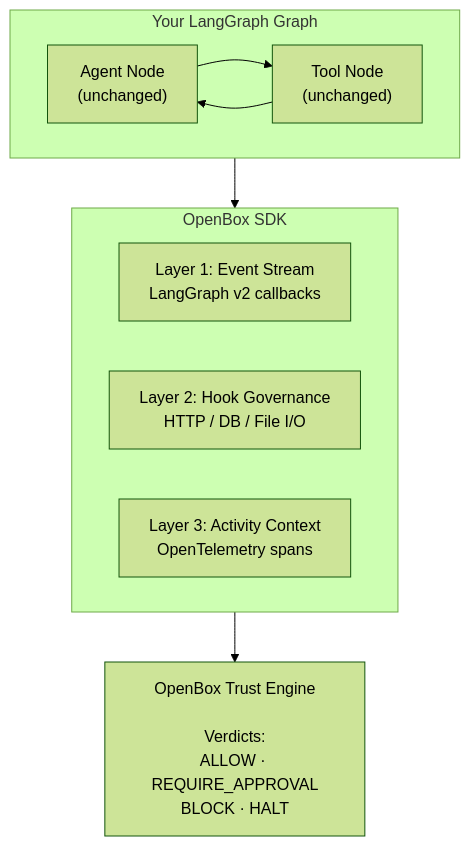
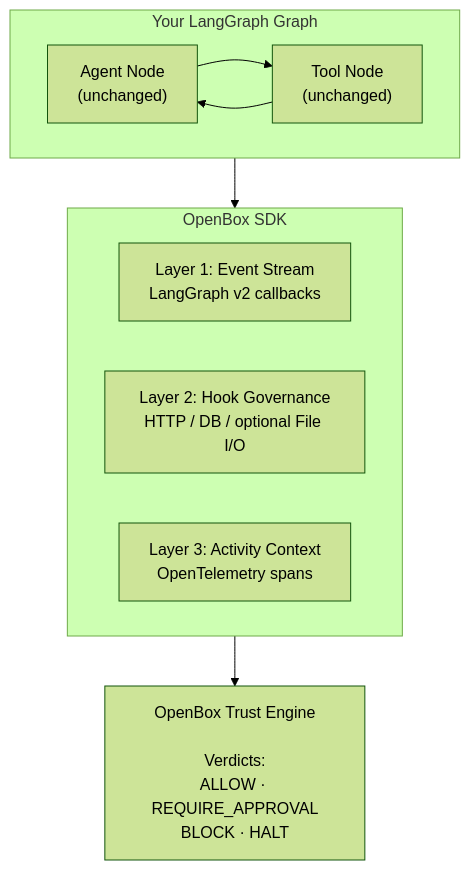
One commit to OpenBox-AI/openbox-document changed the diagram in website/docs/developer-guide/langgraph/index.md. Above: the diagram before and after it, drawn with Mermaid (forest theme). The commit also changed other lines of this file and 12 other files, not shown here.

````diff
--- a/website/docs/developer-guide/langgraph/index.md
+++ b/website/docs/developer-guide/langgraph/index.md
@@ -98,18 +107,18 @@
 ```mermaid
 flowchart TD
     subgraph lg["Your LangGraph Graph"]
         node["Agent Node<br/>(unchanged)"]
         tools["Tool Node<br/>(unchanged)"]
         node --> tools
         tools --> node
     end
 
     subgraph sdk["OpenBox SDK"]
         events["Layer 1: Event Stream<br/>LangGraph v2 callbacks"]
-        hooks["Layer 2: Hook Governance<br/>HTTP / DB / File I/O"]
+        hooks["Layer 2: Hook Governance<br/>HTTP / DB / optional File I/O"]
         otel["Layer 3: Activity Context<br/>OpenTelemetry spans"]
     end
 
     lg --> sdk
     sdk --> engine["OpenBox Trust Engine<br/><br/>Verdicts:<br/>ALLOW · REQUIRE_APPROVAL<br/>BLOCK · HALT"]
 ```
````
